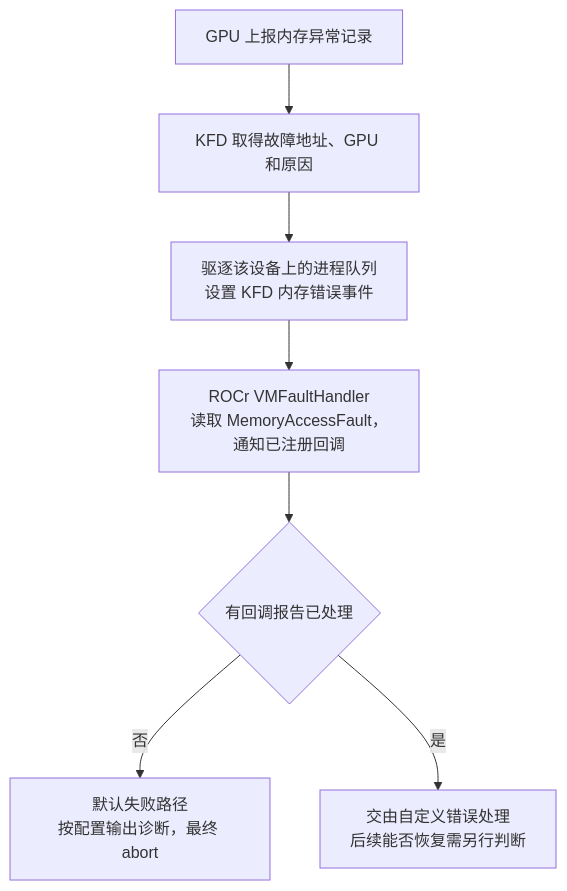
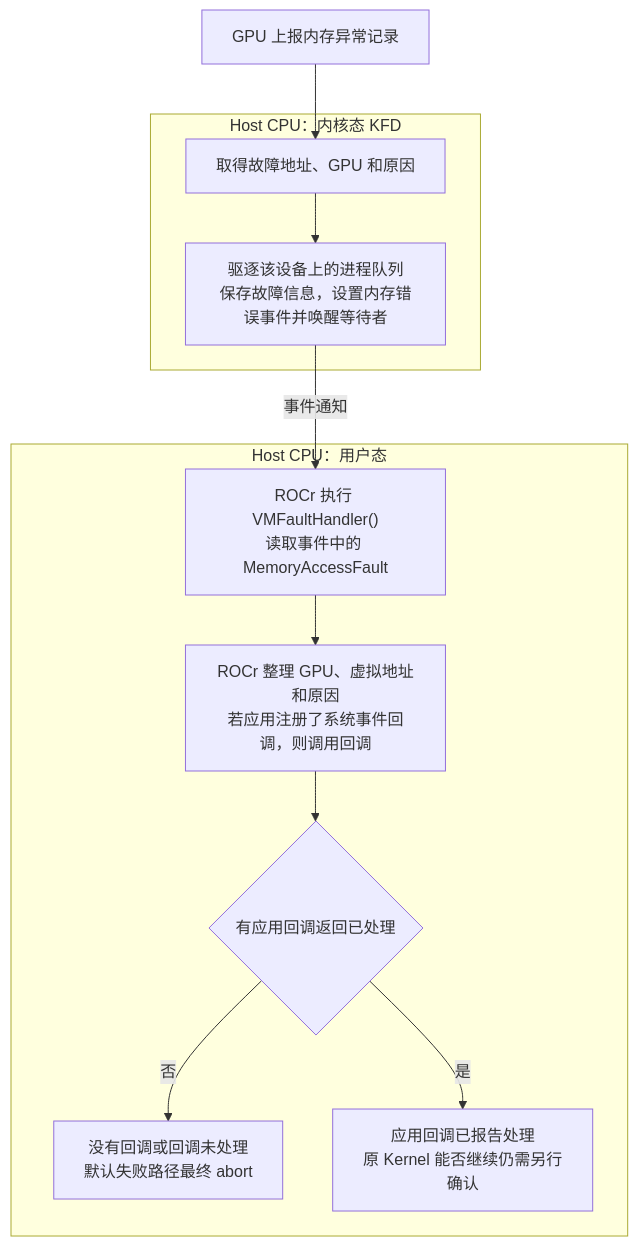
One commit to hxfei-git/gpu-study changed diagram 13 of 14 in 05_HMM 与 SVM：GPU 缺页恢复与页面迁移.md. Above: the diagram before and after it, drawn with Mermaid. The commit also changed other lines of this file and 36 other files, not shown here.

````diff
--- a/05_HMM 与 SVM：GPU 缺页恢复与页面迁移.md
+++ b/05_HMM 与 SVM：GPU 缺页恢复与页面迁移.md
@@ -2488,13 +2889,21 @@
 ```mermaid
 flowchart TD
     H["GPU 上报内存异常记录"]
-    K["KFD 取得故障地址、GPU 和原因"]
-    E["驱逐该设备上的进程队列<br/>设置 KFD 内存错误事件"]
-    R["ROCr VMFaultHandler<br/>读取 MemoryAccessFault，通知已注册回调"]
-    D{"有回调报告已处理"}
-    A["默认失败路径<br/>按配置输出诊断，最终 abort"]
-    C["交由自定义错误处理<br/>后续能否恢复需另行判断"]
-    H --> K --> E --> R --> D
+    subgraph KERNEL["Host CPU：内核态 KFD"]
+        K["取得故障地址、GPU 和原因"]
+        E["驱逐该设备上的进程队列<br/>保存故障信息，设置内存错误事件并唤醒等待者"]
+        K --> E
+    end
+    subgraph USER["Host CPU：用户态"]
+        R["ROCr 执行 VMFaultHandler()<br/>读取事件中的 MemoryAccessFault"]
+        U["ROCr 整理 GPU、虚拟地址和原因<br/>若应用注册了系统事件回调，则调用回调"]
+        D{"有应用回调返回已处理"}
+        A["没有回调或回调未处理<br/>默认失败路径最终 abort"]
+        C["应用回调已报告处理<br/>原 Kernel 能否继续仍需另行确认"]
+        R --> U --> D
+    end
+    H --> K
+    E -->|事件通知| R
     D -->|否| A
     D -->|是| C
 ```
````
